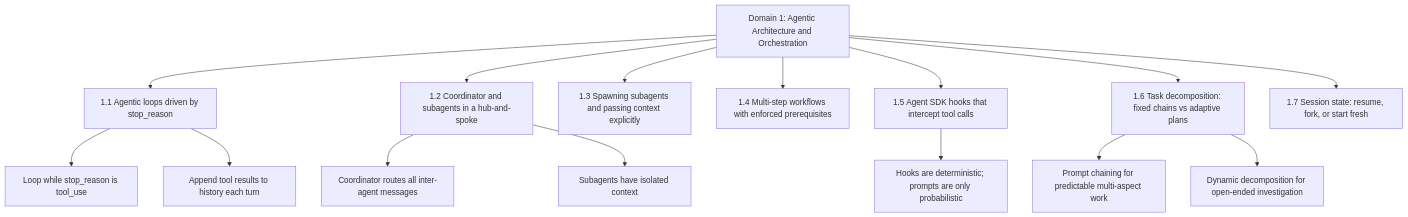
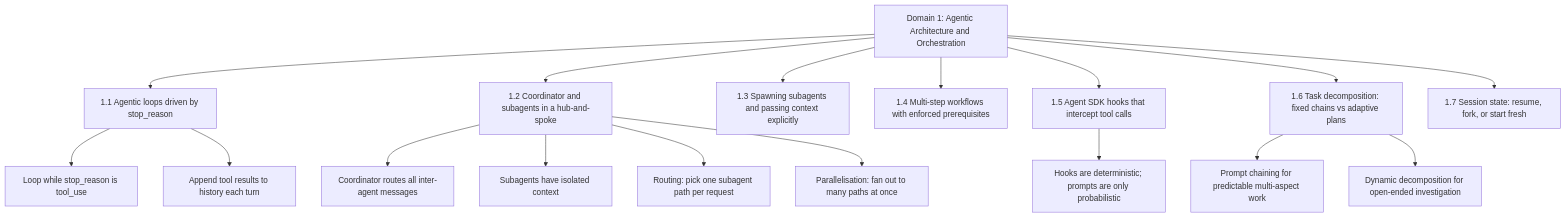
Before and after one commit to NicoAbet04/CCAF-study-env: the diagram in vaults/ccaf/1 - Agentic Architecture & Orchestration.md, drawn with Mermaid. The commit also changed other lines of this file and 4 other files, not shown here.

````diff
--- a/vaults/ccaf/1 - Agentic Architecture & Orchestration.md
+++ b/vaults/ccaf/1 - Agentic Architecture & Orchestration.md
@@ -24,18 +24,20 @@
 ```mermaid
 graph TD
     D1[Domain 1: Agentic Architecture and Orchestration]
     D1 --> T1[1.1 Agentic loops driven by stop_reason]
     D1 --> T2[1.2 Coordinator and subagents in a hub-and-spoke]
     D1 --> T3[1.3 Spawning subagents and passing context explicitly]
     D1 --> T4[1.4 Multi-step workflows with enforced prerequisites]
     D1 --> T5[1.5 Agent SDK hooks that intercept tool calls]
     D1 --> T6[1.6 Task decomposition: fixed chains vs adaptive plans]
     D1 --> T7[1.7 Session state: resume, fork, or start fresh]
     T1 --> T1a[Loop while stop_reason is tool_use]
     T1 --> T1b[Append tool results to history each turn]
     T2 --> T2a[Coordinator routes all inter-agent messages]
     T2 --> T2b[Subagents have isolated context]
+    T2 --> T2c[Routing: pick one subagent path per request]
+    T2 --> T2d[Parallelisation: fan out to many paths at once]
     T5 --> T5a[Hooks are deterministic; prompts are only probabilistic]
     T6 --> T6a[Prompt chaining for predictable multi-aspect work]
     T6 --> T6b[Dynamic decomposition for open-ended investigation]
 ```
````
